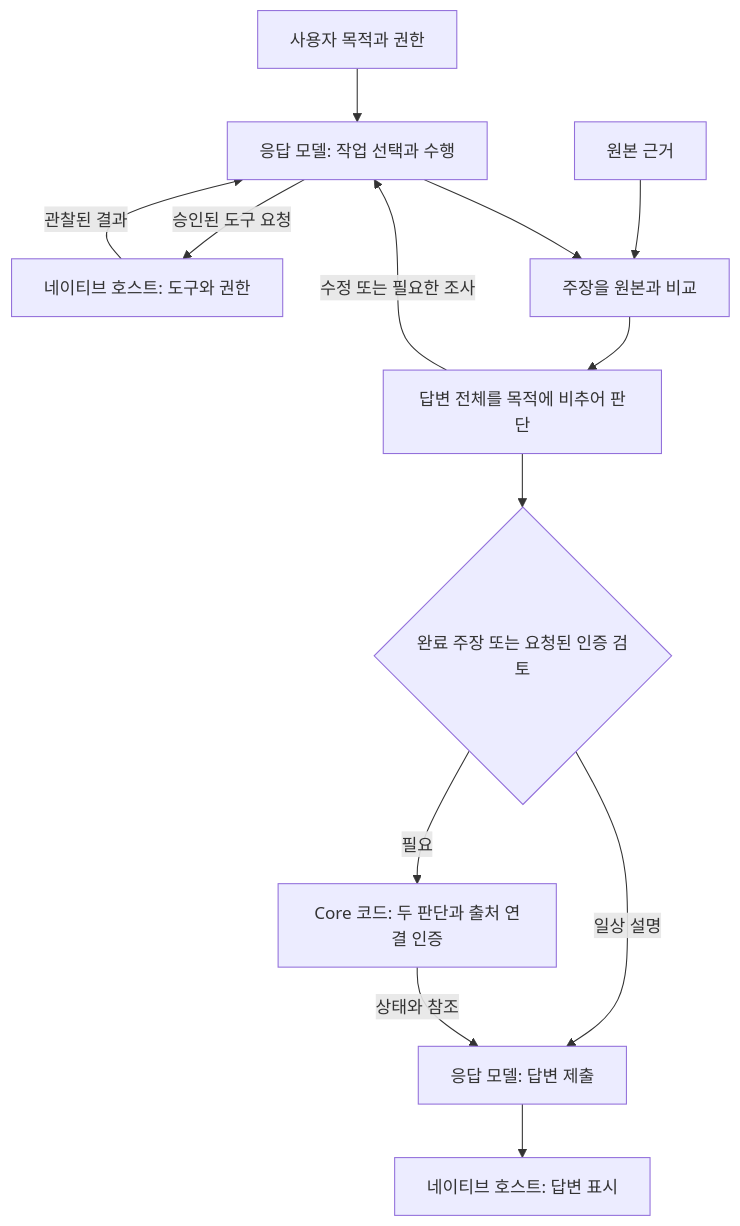
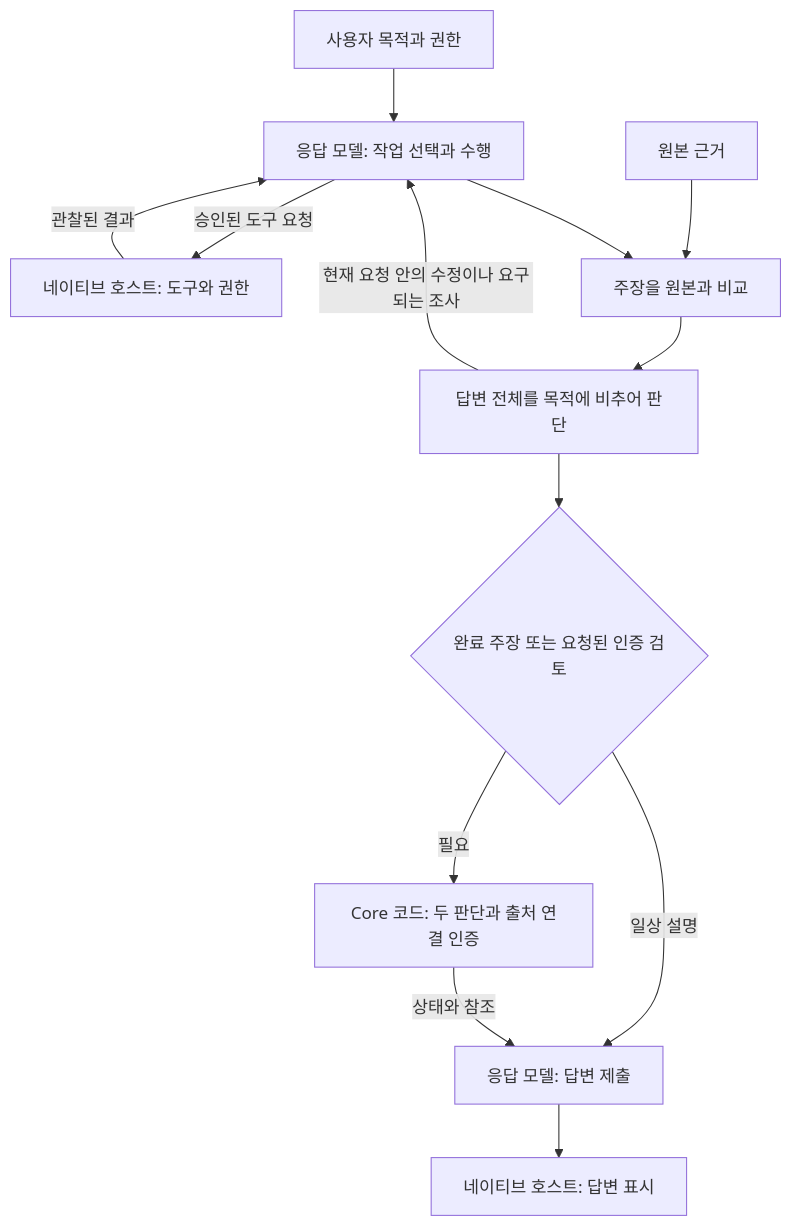
One commit to AidALL/ghost-alice changed the second of 5 diagrams in architecture_ko.md. Above: the diagram before and after it, drawn with Mermaid. The commit also changed other lines of this file and 43 other files, not shown here.

````diff
--- a/architecture_ko.md
+++ b/architecture_ko.md
@@ -49,15 +49,15 @@
 ```mermaid
 flowchart TD
   U["사용자 목적과 권한"] --> M["응답 모델: 작업 선택과 수행"]
   M -->|승인된 도구 요청| T["네이티브 호스트: 도구와 권한"]
   T -->|관찰된 결과| M
   O["원본 근거"] --> J["주장을 원본과 비교"]
   M --> J
   J --> W["답변 전체를 목적에 비추어 판단"]
-  W -->|수정 또는 필요한 조사| M
+  W -->|현재 요청 안의 수정이나 요구되는 조사| M
   W --> R{"완료 주장 또는 요청된 인증 검토"}
   R -->|필요| C["Core 코드: 두 판단과 출처 연결 인증"]
   R -->|일상 설명| D["응답 모델: 답변 제출"]
   C -->|상태와 참조| D
   D --> H["네이티브 호스트: 답변 표시"]
 ```
````
